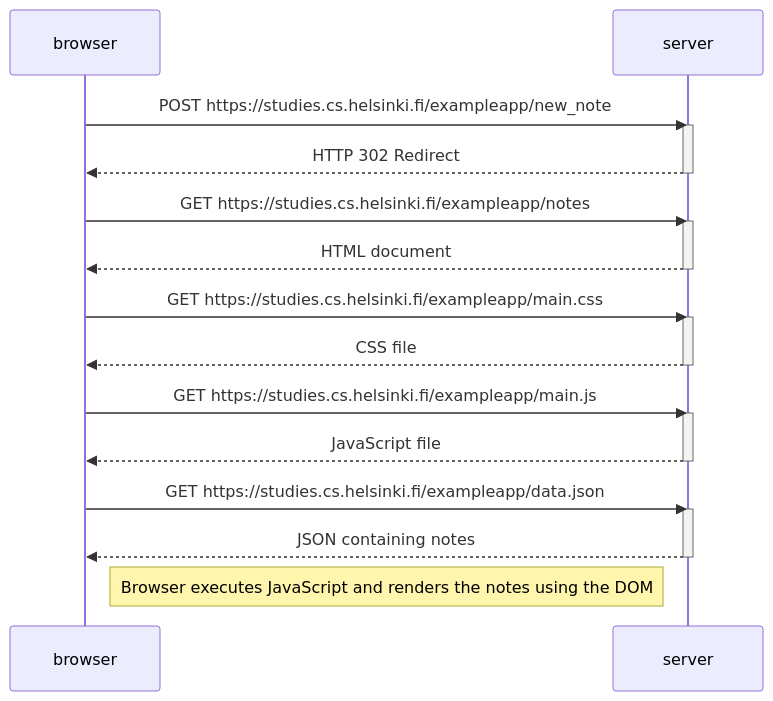
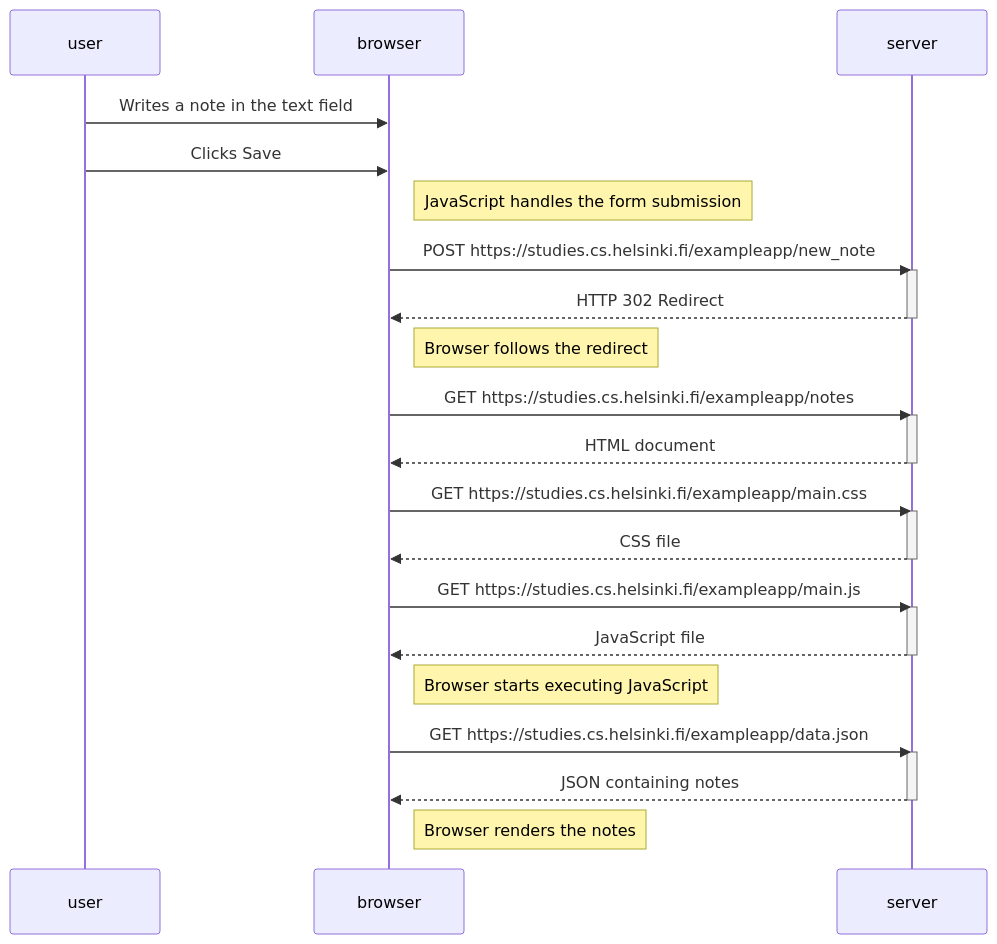
The diagram in part0/0.4-new-note.md (riyaBodwani/Full-stack-open), drawn with Mermaid before and after one commit.

````diff
--- a/part0/0.4-new-note.md
+++ b/part0/0.4-new-note.md
@@ -1,32 +1,42 @@
 ```mermaid
 sequenceDiagram
+    participant user
     participant browser
     participant server
+
+    user->>browser: Writes a note in the text field
+    user->>browser: Clicks Save
+
+    Note right of browser: JavaScript handles the form submission
 
     browser->>server: POST https://studies.cs.helsinki.fi/exampleapp/new_note
     activate server
     server-->>browser: HTTP 302 Redirect
     deactivate server
+
+    Note right of browser: Browser follows the redirect
 
     browser->>server: GET https://studies.cs.helsinki.fi/exampleapp/notes
     activate server
     server-->>browser: HTML document
     deactivate server
 
     browser->>server: GET https://studies.cs.helsinki.fi/exampleapp/main.css
     activate server
     server-->>browser: CSS file
     deactivate server
 
     browser->>server: GET https://studies.cs.helsinki.fi/exampleapp/main.js
     activate server
     server-->>browser: JavaScript file
     deactivate server
 
+    Note right of browser: Browser starts executing JavaScript
+
     browser->>server: GET https://studies.cs.helsinki.fi/exampleapp/data.json
     activate server
     server-->>browser: JSON containing notes
     deactivate server
 
-    Note right of browser: Browser executes JavaScript and renders the notes using the DOM
+    Note right of browser: Browser renders the notes
 ```
````
